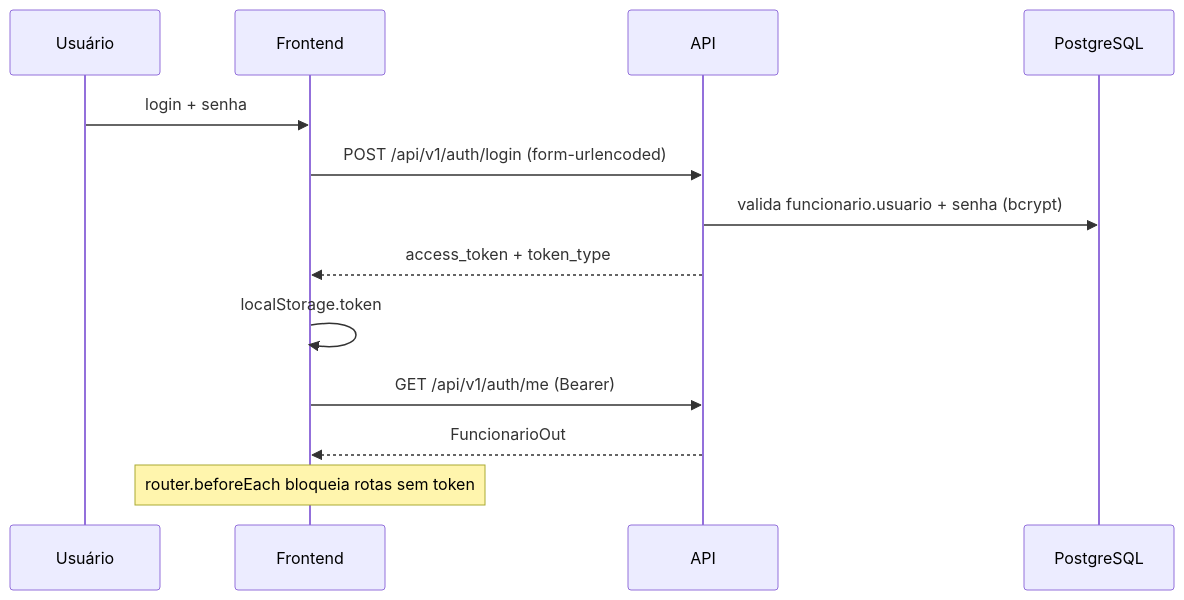
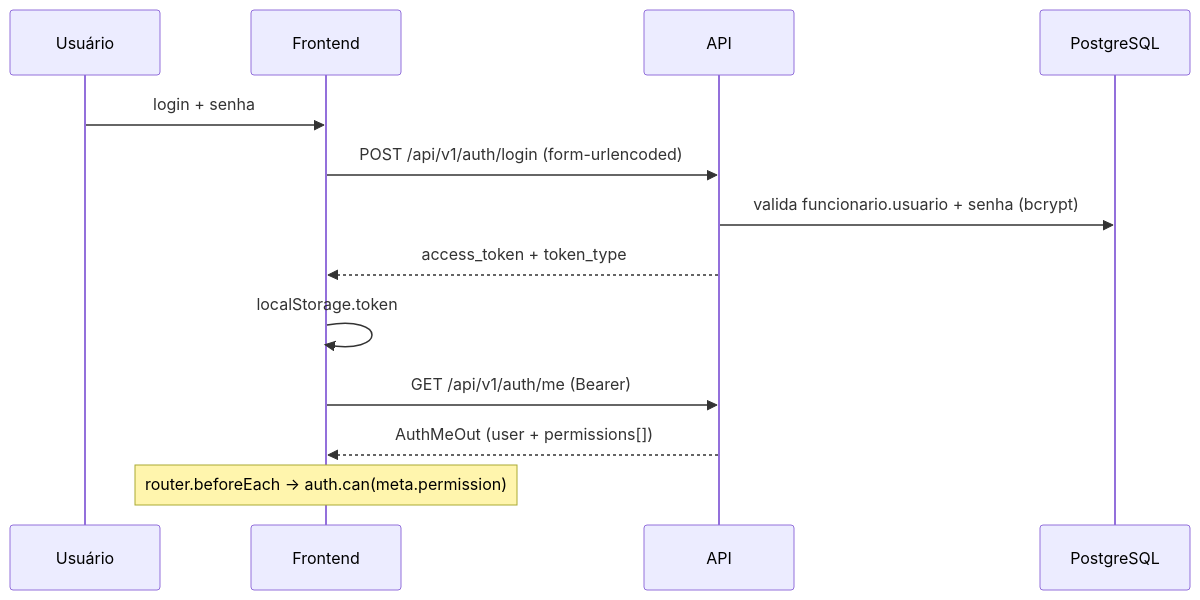
One commit to LucasCedro/SisViNa changed the diagram in docs/DOCUMENTACAO_TECNICA.md. Above: the diagram before and after it, drawn with Mermaid. The commit also changed other lines of this file and 157 other files, not shown here.

````diff
--- a/docs/DOCUMENTACAO_TECNICA.md
+++ b/docs/DOCUMENTACAO_TECNICA.md
@@ -198,16 +222,16 @@
 ```mermaid
 sequenceDiagram
     participant U as Usuário
     participant F as Frontend
     participant A as API
     participant DB as PostgreSQL
 
     U->>F: login + senha
     F->>A: POST /api/v1/auth/login (form-urlencoded)
     A->>DB: valida funcionario.usuario + senha (bcrypt)
     A-->>F: access_token + token_type
     F->>F: localStorage.token
     F->>A: GET /api/v1/auth/me (Bearer)
-    A-->>F: FuncionarioOut
-    Note over F: router.beforeEach bloqueia rotas sem token
+    A-->>F: AuthMeOut (user + permissions[])
+    Note over F: router.beforeEach → auth.can(meta.permission)
 ```
````
